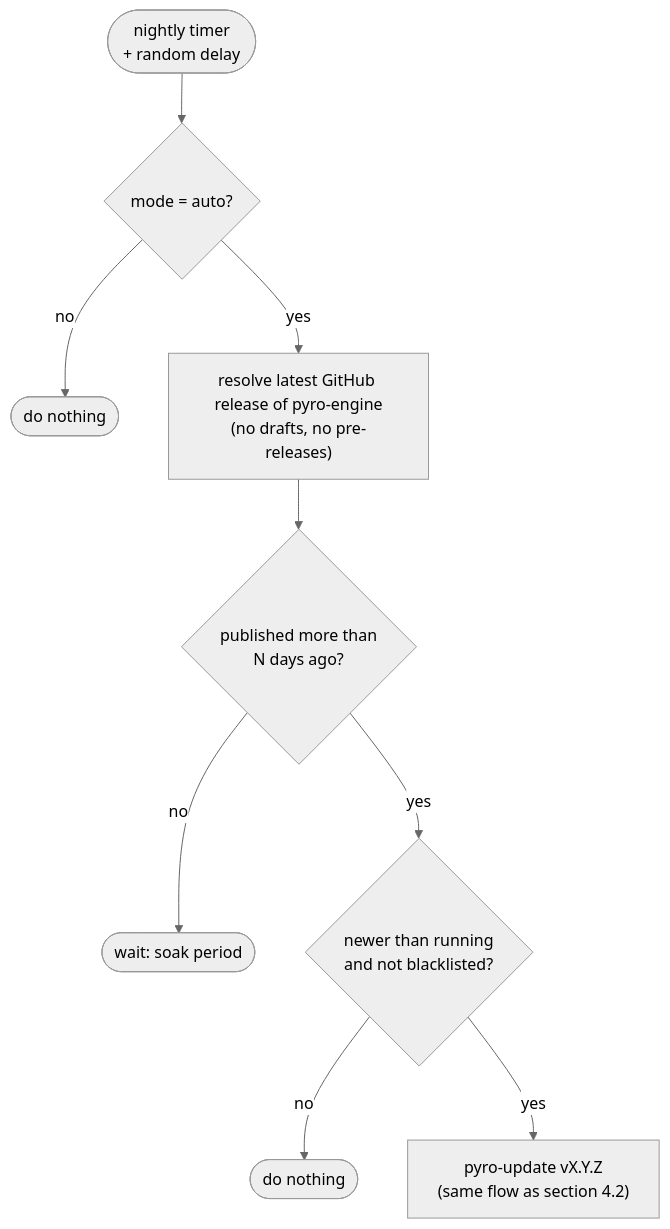
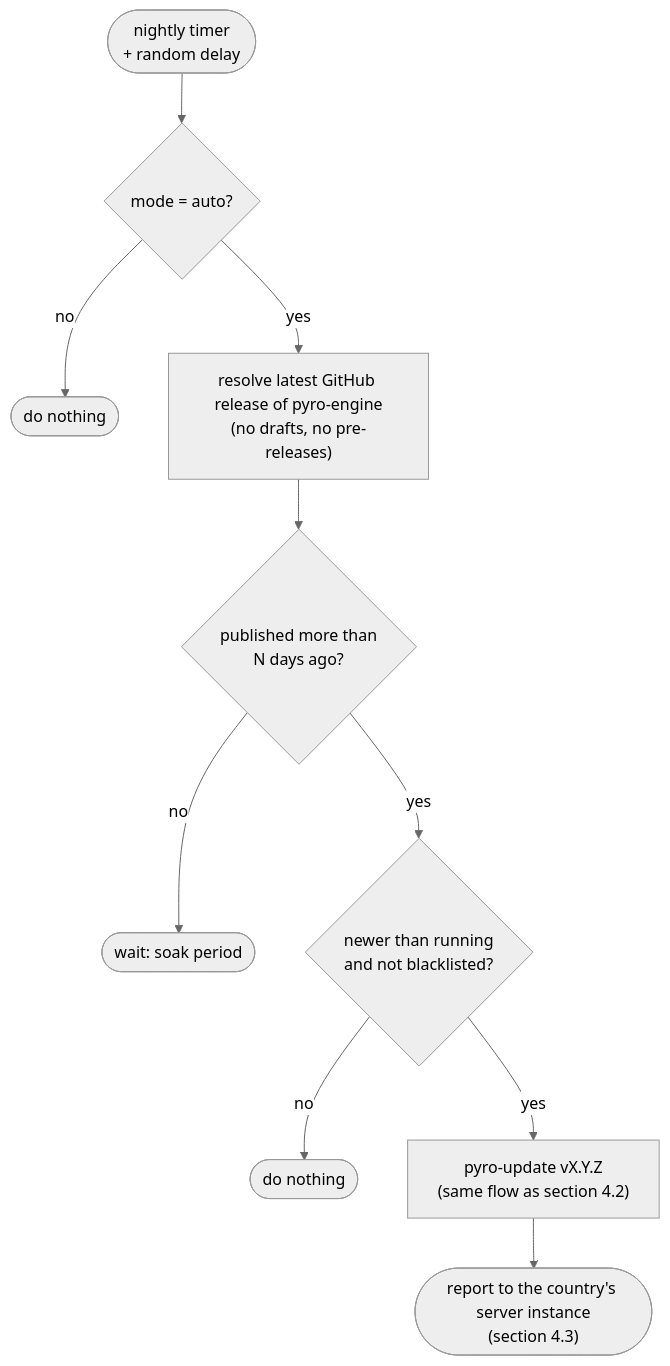
Before and after one commit to pyronear/pi-manager-template: the tenth of 12 diagrams in docs/ADR/fleet-api.md, drawn with Mermaid (neutral theme). The commit also changed other lines of this file, not shown here.

````diff
--- a/docs/ADR/fleet-api.md
+++ b/docs/ADR/fleet-api.md
@@ -270,11 +329,12 @@
 ```mermaid
 flowchart TD
     T(["nightly timer<br/>+ random delay"]) --> M{"mode = auto?"}
     M -- no --> E1(["do nothing"])
     M -- yes --> R["resolve latest GitHub release of pyro-engine<br/>(no drafts, no pre-releases)"]
     R --> AGE{"published more than<br/>N days ago?"}
     AGE -- no --> E2(["wait: soak period"])
     AGE -- yes --> NEW{"newer than running<br/>and not blacklisted?"}
     NEW -- no --> E3(["do nothing"])
     NEW -- yes --> U["pyro-update vX.Y.Z<br/>(same flow as section 4.2)"]
+    U --> REP(["report to the country's server instance<br/>(section 4.3)"])
 ```
````
